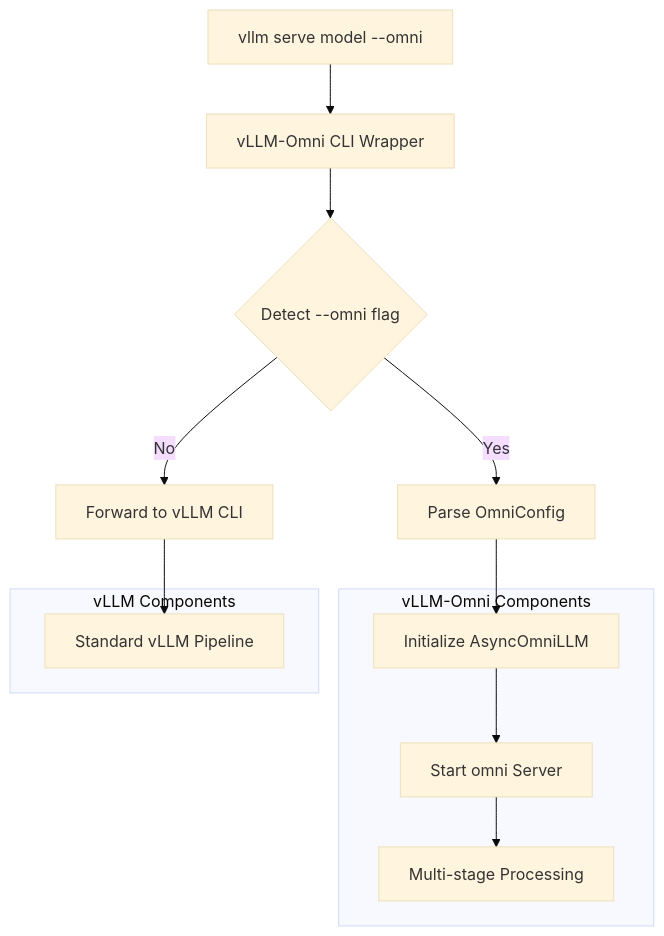
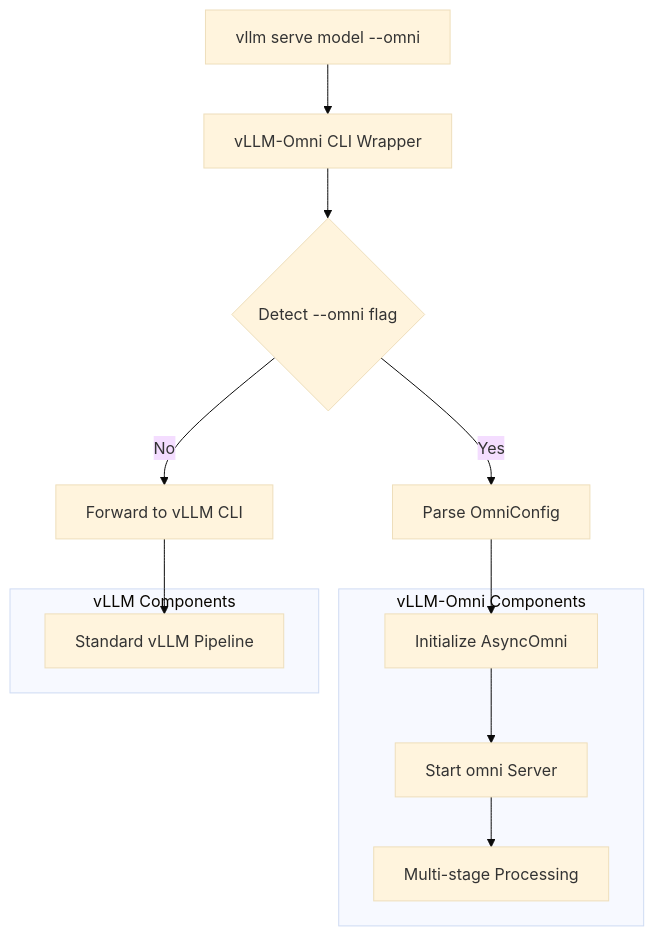
The diagram in docs/design/vllm_omni_design.md (tjtanaa/vllm), drawn with Mermaid (base theme) before and after one commit. The commit also changed other lines of this file and 15 other files, not shown here.

Commit message:
[Feat] Rename AsyncOmniLLM -> AsyncOmni (#103)

````diff
--- a/docs/design/vllm_omni_design.md
+++ b/docs/design/vllm_omni_design.md
@@ -37,21 +37,21 @@
 ```mermaid
 graph TD
     A[vllm serve model --omni] --> B[vLLM-Omni CLI Wrapper]
     B --> C{Detect --omni flag}
     C -->|Yes| D[Parse OmniConfig]
     C -->|No| E[Forward to vLLM CLI]
-    D --> F[Initialize AsyncOmniLLM]
+    D --> F[Initialize AsyncOmni]
     F --> G[Start omni Server]
     G --> H[Multi-stage Processing]
     E --> I[Standard vLLM Pipeline]
 
     subgraph "vLLM-Omni Components"
         F
         G
         H
     end
 
     subgraph "vLLM Components"
         I
     end
 ```
````
